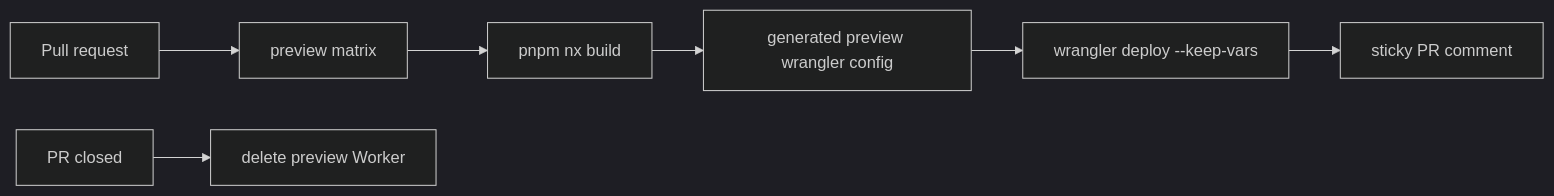
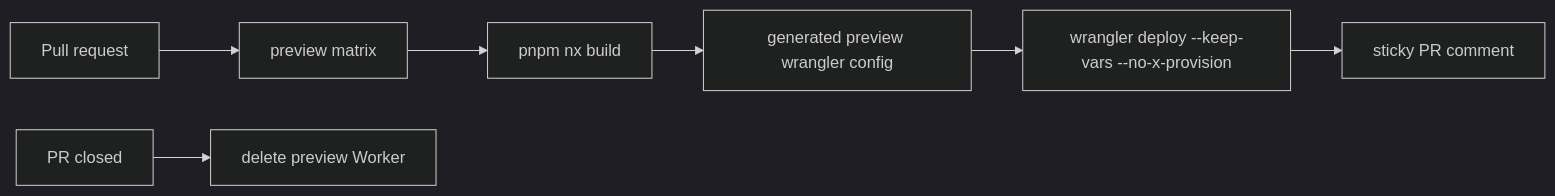
The diagram in docs/preview-deploys.md (shpitdev/sketchi), drawn with Mermaid (dark theme) before and after one commit. The commit also changed other lines of this file and 4 other files, not shown here.

````diff
--- a/docs/preview-deploys.md
+++ b/docs/preview-deploys.md
@@ -13,9 +13,9 @@
 ```mermaid
 flowchart LR
   PR["Pull request"] --> Matrix["preview matrix"]
   Matrix --> Build["pnpm nx build <app>"]
   Build --> Config["generated preview wrangler config"]
-  Config --> Deploy["wrangler deploy --keep-vars"]
+  Config --> Deploy["wrangler deploy --keep-vars --no-x-provision"]
   Deploy --> Comment["sticky PR comment"]
   Closed["PR closed"] --> Cleanup["delete preview Worker"]
 ```
````
